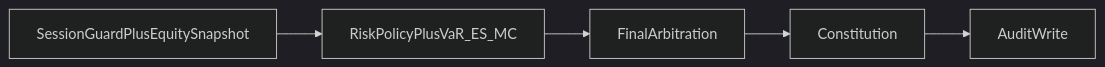
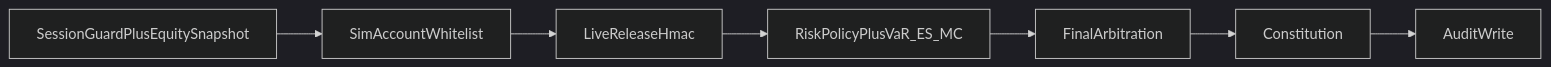
Diagram 13 of 14 in docs/architecture.md (Steve-Mee/Lumina), drawn with Mermaid (dark theme) before and after one commit. The commit also changed other lines of this file and 63 other files, not shown here.

First line of the commit message:
S1: SIM whitelist + HMAC LIVE_RELEASE (ADR-0061) (#65)

````diff
--- a/docs/architecture.md
+++ b/docs/architecture.md
@@ -520,13 +522,17 @@
 ```mermaid
 flowchart LR
   sessionEquitySync[SessionGuardPlusEquitySnapshot]
+  simWhitelist[SimAccountWhitelist]
+  liveRelease[LiveReleaseHmac]
   riskPolicy[RiskPolicyPlusVaR_ES_MC]
   finalArbitration[FinalArbitration]
   constitution[Constitution]
   auditWrite[AuditWrite]
 
-  sessionEquitySync --> riskPolicy
+  sessionEquitySync --> simWhitelist
+  simWhitelist --> liveRelease
+  liveRelease --> riskPolicy
   riskPolicy --> finalArbitration
   finalArbitration --> constitution
   constitution --> auditWrite
 ```
````
